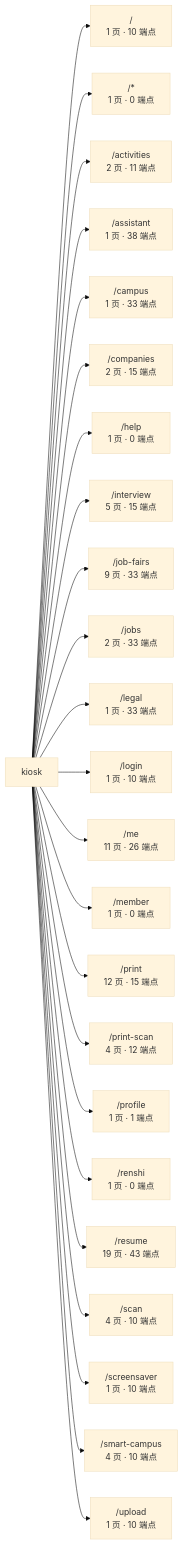
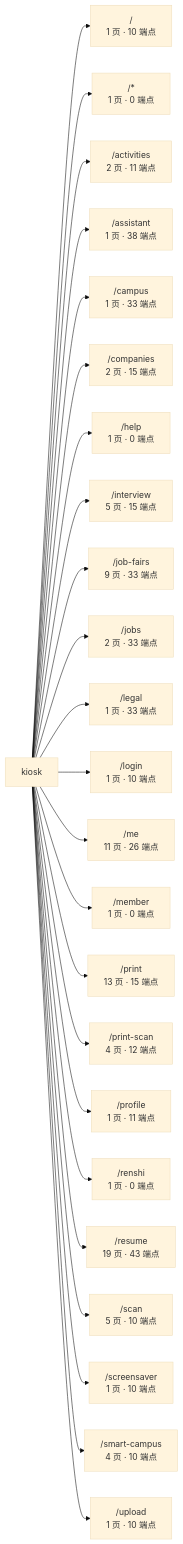
One commit to wanglei581/YITIJI changed the first of 3 diagrams in docs/graph/routes.md. Above: the diagram before and after it, drawn with Mermaid (base theme). The commit also changed other lines of this file and 6 other files, not shown here.

First line of the commit message:
docs: 记录死页清理并重跑项目图谱

````diff
--- a/docs/graph/routes.md
+++ b/docs/graph/routes.md
@@ -17,27 +17,27 @@
 ```mermaid
 flowchart LR
   app["kiosk"]
   app --> _root_["/<br/>1 页 · 10 端点"]
   app --> _["/*<br/>1 页 · 0 端点"]
   app --> activities["/activities<br/>2 页 · 11 端点"]
   app --> assistant["/assistant<br/>1 页 · 38 端点"]
   app --> campus["/campus<br/>1 页 · 33 端点"]
   app --> companies["/companies<br/>2 页 · 15 端点"]
   app --> help["/help<br/>1 页 · 0 端点"]
   app --> interview["/interview<br/>5 页 · 15 端点"]
   app --> job_fairs["/job-fairs<br/>9 页 · 33 端点"]
   app --> jobs["/jobs<br/>2 页 · 33 端点"]
   app --> legal["/legal<br/>1 页 · 33 端点"]
   app --> login["/login<br/>1 页 · 10 端点"]
   app --> me["/me<br/>11 页 · 26 端点"]
   app --> member["/member<br/>1 页 · 0 端点"]
-  app --> print["/print<br/>12 页 · 15 端点"]
+  app --> print["/print<br/>13 页 · 15 端点"]
   app --> print_scan["/print-scan<br/>4 页 · 12 端点"]
-  app --> profile["/profile<br/>1 页 · 1 端点"]
+  app --> profile["/profile<br/>1 页 · 11 端点"]
   app --> renshi["/renshi<br/>1 页 · 0 端点"]
   app --> resume["/resume<br/>19 页 · 43 端点"]
-  app --> scan["/scan<br/>4 页 · 10 端点"]
+  app --> scan["/scan<br/>5 页 · 10 端点"]
   app --> screensaver["/screensaver<br/>1 页 · 10 端点"]
   app --> smart_campus["/smart-campus<br/>4 页 · 10 端点"]
   app --> upload["/upload<br/>1 页 · 10 端点"]
 ```
````
